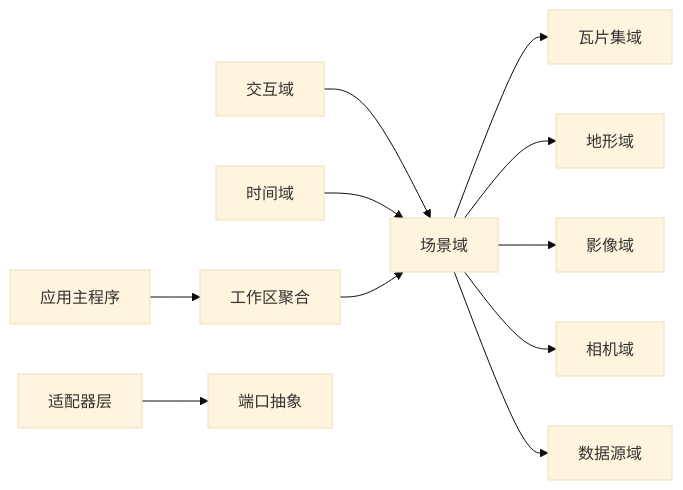
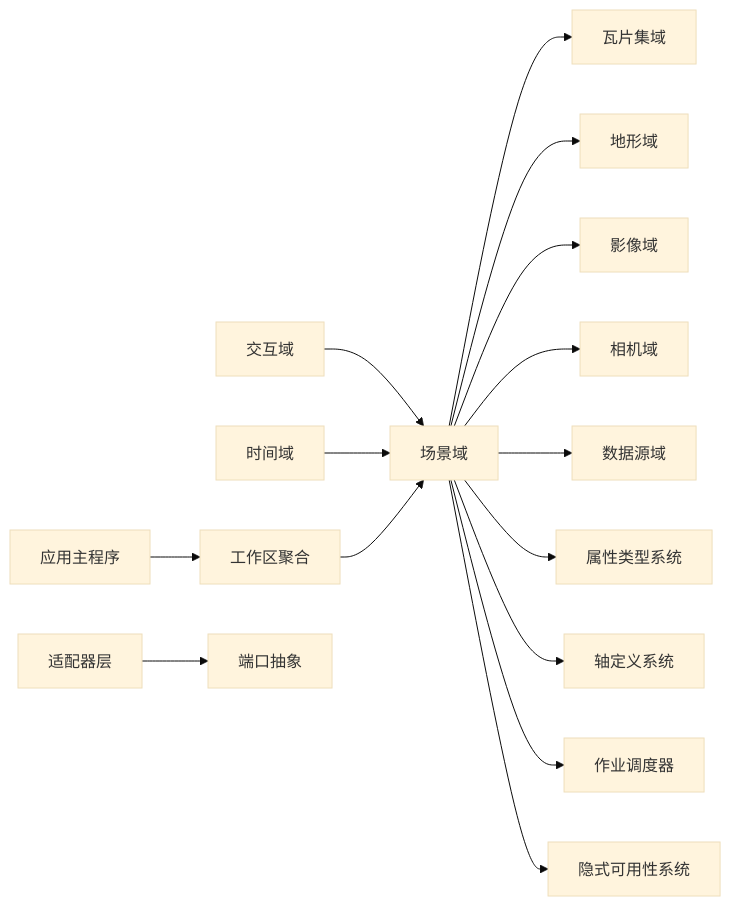
Diagram 14 of 14 in .qoder/repowiki/zh/content/场景管理/场景管理架构.md (rzhangjing/cesium), drawn with Mermaid (base theme) before and after one commit. The commit also changed other lines of this file and 90 other files, not shown here.

````diff
--- a/.qoder/repowiki/zh/content/场景管理/场景管理架构.md
+++ b/.qoder/repowiki/zh/content/场景管理/场景管理架构.md
@@ -411,13 +606,17 @@
 ```mermaid
 graph LR
 Scene["场景域"] --> Tileset["瓦片集域"]
 Scene --> Terrain["地形域"]
 Scene --> Imagery["影像域"]
 Scene --> Camera["相机域"]
 Scene --> DataSource["数据源域"]
+Scene --> Metadata["属性类型系统"]
+Scene --> Axes["轴定义系统"]
+Scene --> Scheduler["作业调度器"]
+Scene --> Implicit["隐式可用性系统"]
 Interaction["交互域"] --> Scene
 Time["时间域"] --> Scene
 Workspace["工作区聚合"] --> Scene
 Adapters["适配器层"] --> Ports["端口抽象"]
 Application["应用主程序"] --> Workspace
 ```
````
